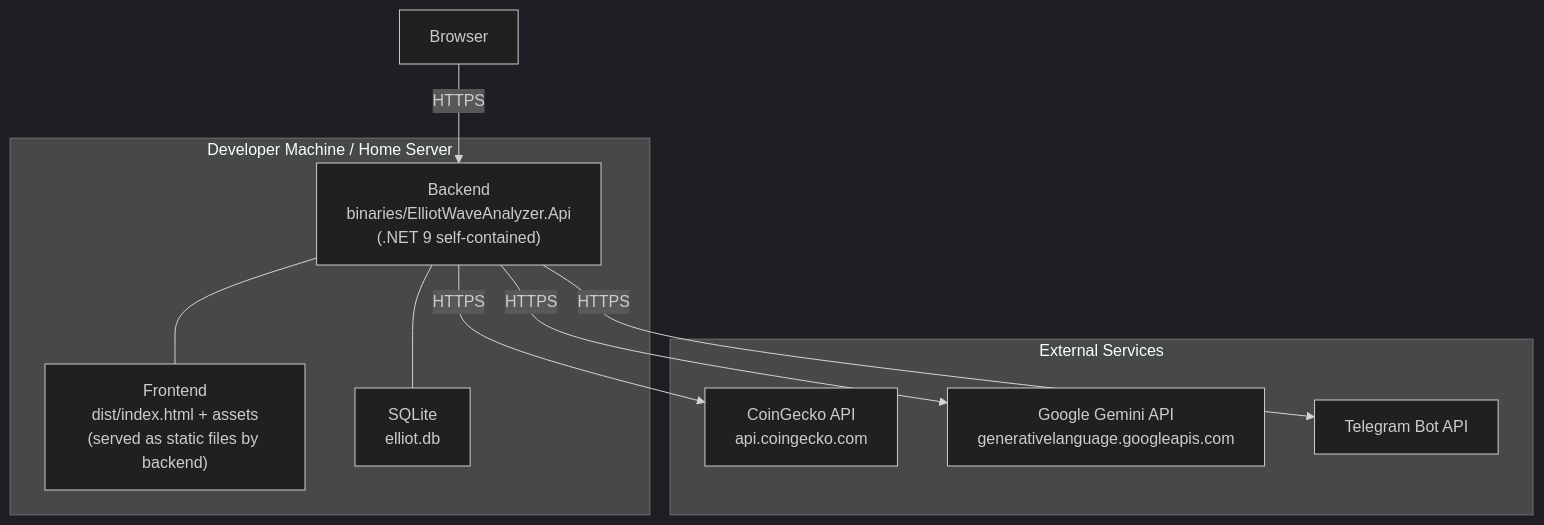
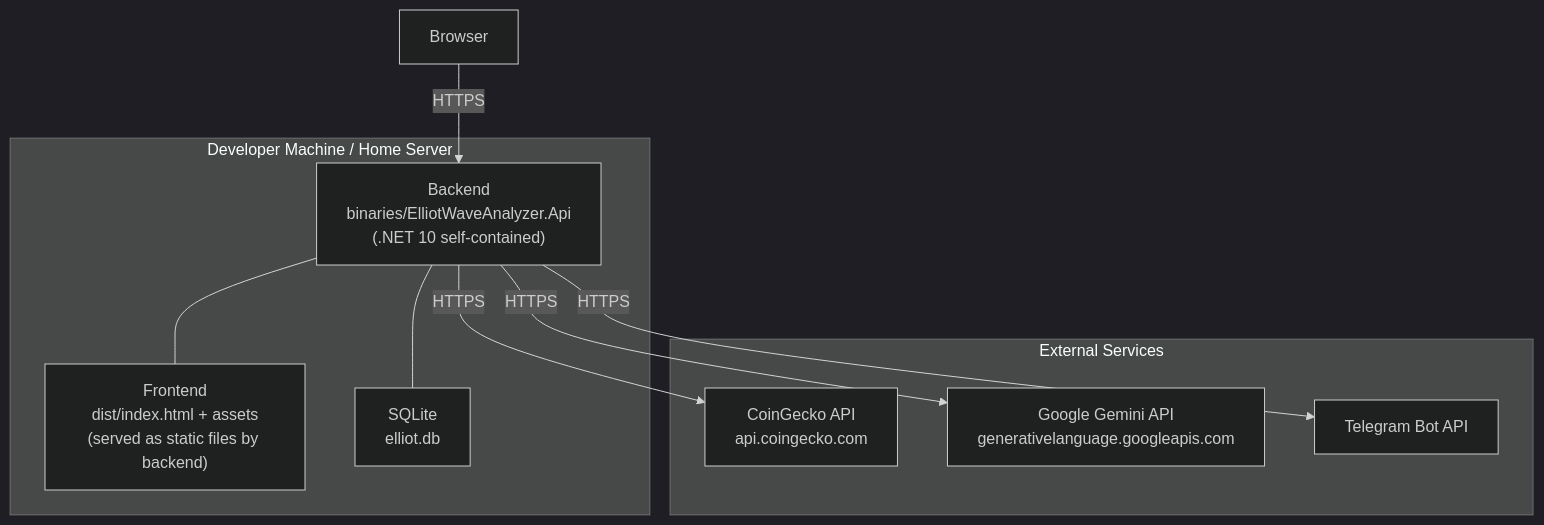
Before and after one commit to NexusHero/ElliotWaveAnalyzer: the eighth of 9 diagrams in docs/architecture.md, drawn with Mermaid (dark theme). The commit also changed other lines of this file and 34 other files, not shown here.

````diff
--- a/docs/architecture.md
+++ b/docs/architecture.md
@@ -349,21 +349,21 @@
 ```mermaid
 graph TD
     subgraph "Developer Machine / Home Server"
-        BE["Backend\nbinaries/ElliotWaveAnalyzer.Api\n(.NET 9 self-contained)"]
+        BE["Backend\nbinaries/ElliotWaveAnalyzer.Api\n(.NET 10 self-contained)"]
         FE["Frontend\ndist/index.html + assets\n(served as static files by backend)"]
         DB["SQLite\nelliot.db"]
         BE --- DB
         BE --- FE
     end
 
     subgraph "External Services"
         CG["CoinGecko API\napi.coingecko.com"]
         GEM["Google Gemini API\ngenerativelanguage.googleapis.com"]
         TG["Telegram Bot API"]
     end
 
     Browser["Browser"] -- "HTTPS" --> BE
     BE -- "HTTPS" --> CG
     BE -- "HTTPS" --> GEM
     BE -- "HTTPS" --> TG
 ```
````
